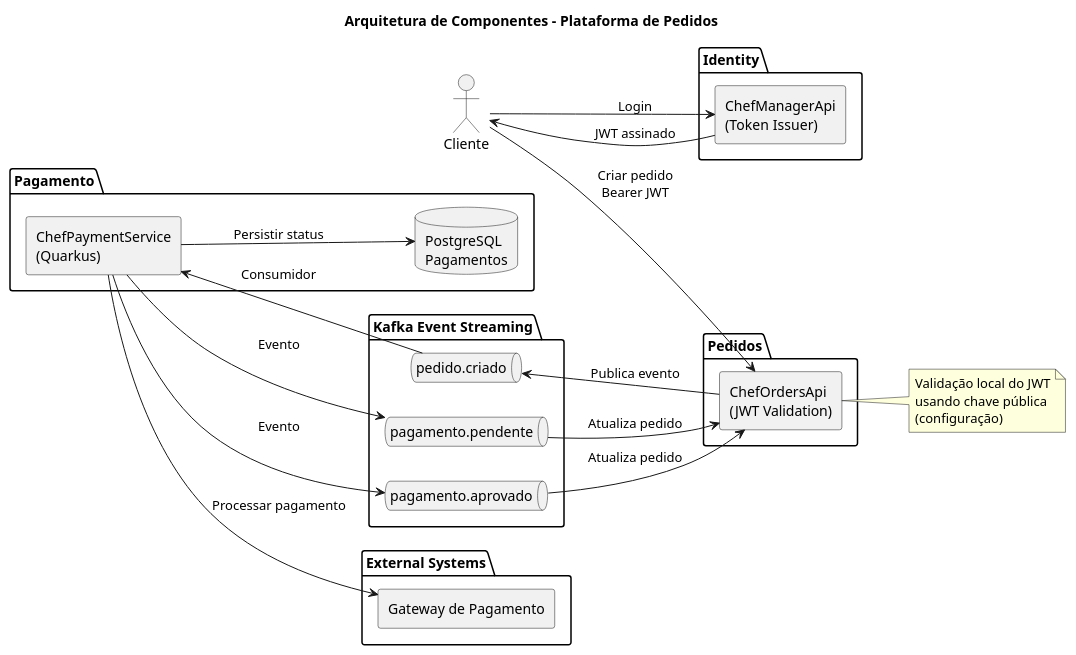
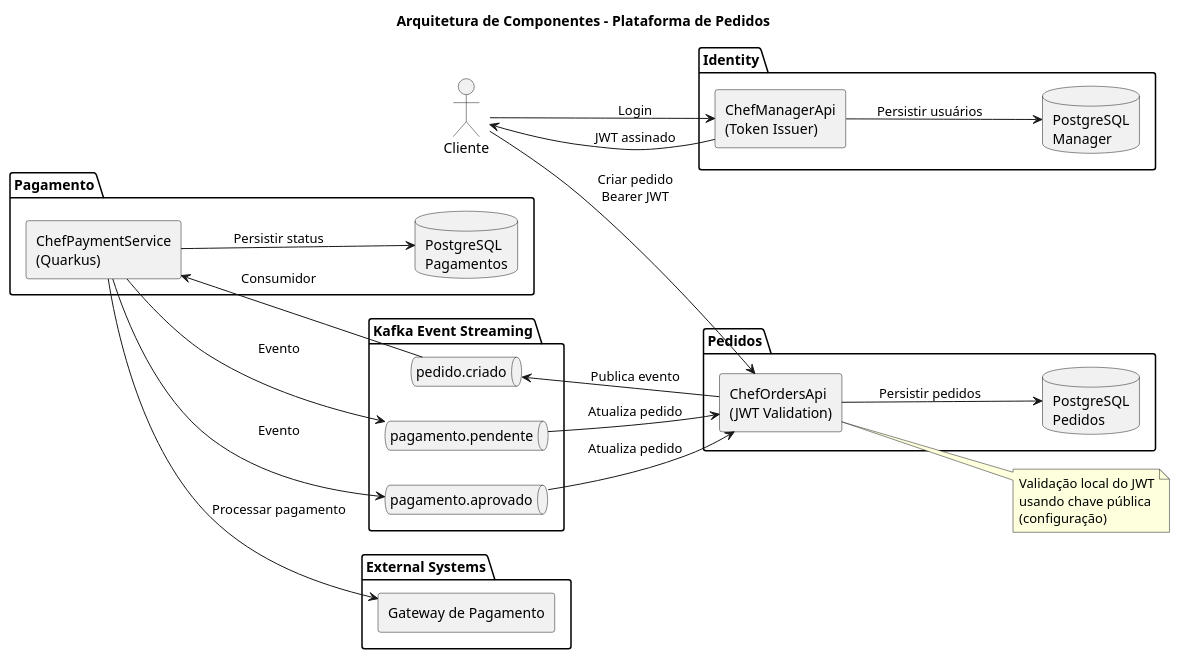
One commit to 10ADJT-Tech-Challenge/tech-challenge-workspace changed the diagram in diagramas/diagrama-de-componentes.puml. Above: the diagram before and after it, drawn with PlantUML.

Commit message:
Add database components to component diagram
Include PostgreSQL dependencies for ChefManagerApi and ChefOrdersApi, illustrating user and order persistence flows.

```diff
--- a/diagramas/diagrama-de-componentes.puml
+++ b/diagramas/diagrama-de-componentes.puml
@@ -1,74 +1,78 @@
 @startuml
 title Arquitetura de Componentes - Plataforma de Pedidos
 
 left to right direction
 skinparam componentStyle rectangle
 
 actor Cliente
 
 ' =========================
 ' Identity
 ' =========================
 package "Identity" {
   component "ChefManagerApi\n(Token Issuer)" as Auth
+  database "PostgreSQL\nManager" as ManagerDB
 }
 
 ' =========================
 ' Pedidos
 ' =========================
 package "Pedidos" {
   component "ChefOrdersApi\n(JWT Validation)" as Orders
+  database "PostgreSQL\nPedidos" as OrderDB
 }
 
 ' =========================
 ' Event Streaming
 ' =========================
 package "Kafka Event Streaming" {
   queue "pedido.criado" as PedidoCriado
   queue "pagamento.pendente" as PagamentoPendente
   queue "pagamento.aprovado" as PagamentoAprovado
 }
 
 ' =========================
 ' Pagamento
 ' =========================
 package "Pagamento" {
   component "ChefPaymentService\n(Quarkus)" as Payment
   database "PostgreSQL\nPagamentos" as PaymentDB
 }
 
 ' =========================
 ' Sistemas externos
 ' =========================
 package "External Systems" {
   component "Gateway de Pagamento" as Gateway
 }
 
 ' =========================
 ' Fluxos
 ' =========================
 
 Cliente --> Auth : Login
 Auth --> Cliente : JWT assinado
+Auth --> ManagerDB : Persistir usuários
 
 Cliente --> Orders : Criar pedido\nBearer JWT
 
 note right of Orders
 Validação local do JWT
 usando chave pública
 (configuração)
 end note
 
 Orders --> PedidoCriado : Publica evento
+Orders --> OrderDB : Persistir pedidos
 
 PedidoCriado --> Payment : Consumidor
 
 Payment --> Gateway : Processar pagamento
 Payment --> PaymentDB : Persistir status
 
 Payment --> PagamentoPendente : Evento
 Payment --> PagamentoAprovado : Evento
 
 PagamentoPendente --> Orders : Atualiza pedido
 PagamentoAprovado --> Orders : Atualiza pedido
 @enduml
```
